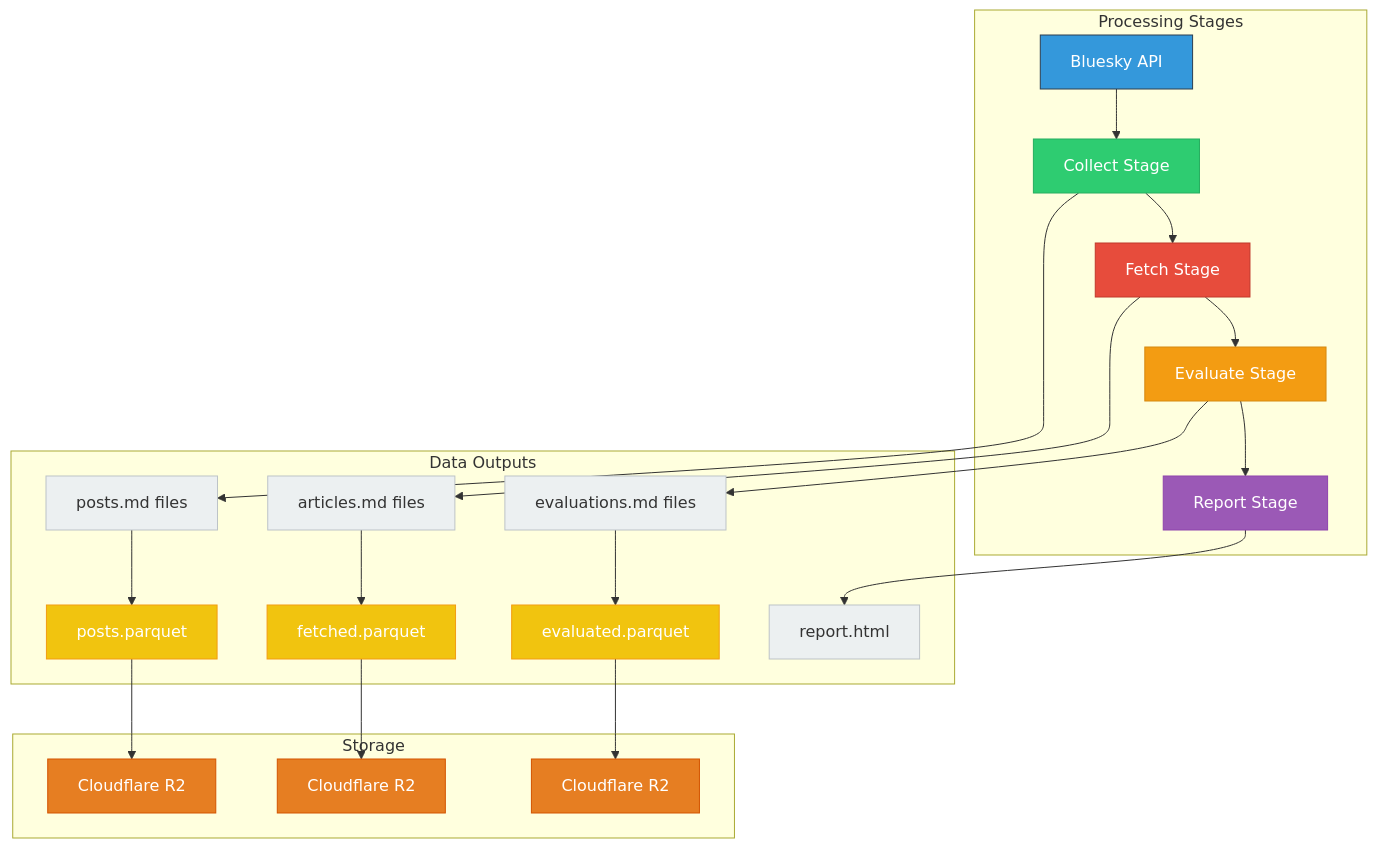
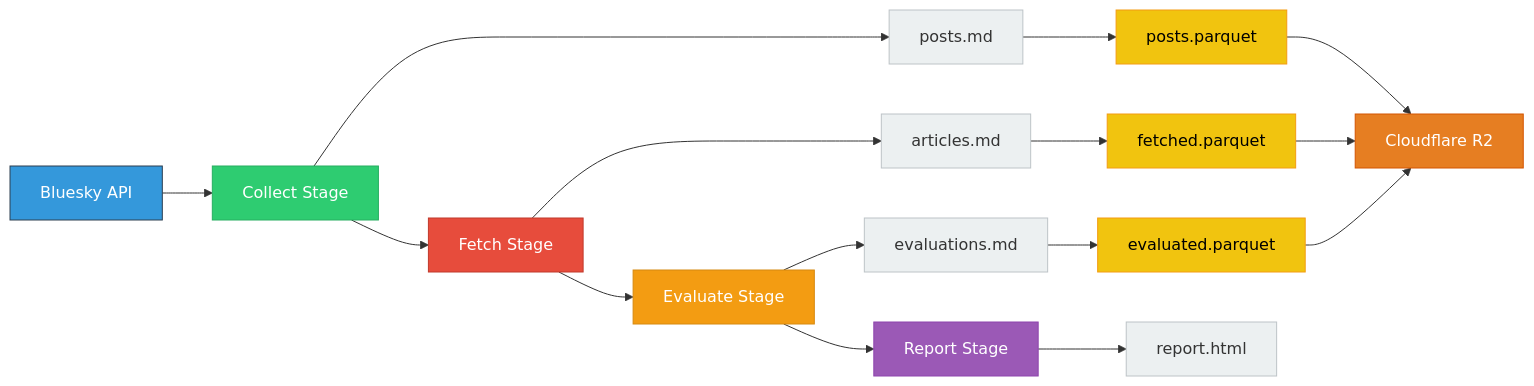
One commit to mojzis/newsparser changed the diagram in lyrics/about.md. Above: the diagram before and after it, drawn with Mermaid.

Commit message:
Simplify Mermaid diagram layout for better readability
- Replace complex swimlanes with clean left-to-right flow
- Remove tangled connecting lines that created visual clutter
- Show clear parallel tracks for each stage's data transformation
- Consolidate three R2 boxes into single destination
- Much easier to follow the data pipeline at a glance

🤖 Generated with [Claude Code](https://claude.ai/code)

````diff
--- a/lyrics/about.md
+++ b/lyrics/about.md
@@ -20,41 +20,34 @@
 ```mermaid
-graph TB
-    subgraph "Processing Stages"
-        A[Bluesky API] --> B[Collect Stage]
-        B --> D[Fetch Stage]
-        D --> F[Evaluate Stage]
-        F --> H[Report Stage]
-    end
+graph LR
+    A[Bluesky API] --> B[Collect Stage]
+    B --> C[posts.md]
+    C --> CP[posts.parquet]
+    CP --> R2[Cloudflare R2]
     
-    subgraph "Data Outputs"
-        B --> C[posts.md files]
-        C --> CP[posts.parquet]
-        D --> E[articles.md files]
-        E --> EP[fetched.parquet]
-        F --> G[evaluations.md files]
-        G --> GP[evaluated.parquet]
-        H --> I[report.html]
-    end
+    B --> D[Fetch Stage]
+    D --> E[articles.md]
+    E --> EP[fetched.parquet]
+    EP --> R2
     
-    subgraph "Storage"
-        CP --> R2A[Cloudflare R2]
-        EP --> R2B[Cloudflare R2]
-        GP --> R2C[Cloudflare R2]
-    end
+    D --> F[Evaluate Stage]
+    F --> G[evaluations.md]
+    G --> GP[evaluated.parquet]
+    GP --> R2
+    
+    F --> H[Report Stage]
+    H --> I[report.html]
     
     style A fill:#3498db,stroke:#2c3e50,color:#fff
     style B fill:#2ecc71,stroke:#27ae60,color:#fff
     style D fill:#e74c3c,stroke:#c0392b,color:#fff
     style F fill:#f39c12,stroke:#d68910,color:#fff
     style H fill:#9b59b6,stroke:#8e44ad,color:#fff
     style C fill:#ecf0f1,stroke:#bdc3c7
     style E fill:#ecf0f1,stroke:#bdc3c7
     style G fill:#ecf0f1,stroke:#bdc3c7
     style I fill:#ecf0f1,stroke:#bdc3c7
-    style CP fill:#f1c40f,stroke:#f39c12,color:#fff
-    style EP fill:#f1c40f,stroke:#f39c12,color:#fff
-    style GP fill:#f1c40f,stroke:#f39c12,color:#fff
-    style R2A fill:#e67e22,stroke:#d35400,color:#fff
-    style R2B fill:#e67e22,stroke:#d35400,color:#fff
-    style R2C fill:#e67e22,stroke:#d35400,color:#fff
+    style CP fill:#f1c40f,stroke:#f39c12,color:#000
+    style EP fill:#f1c40f,stroke:#f39c12,color:#000
+    style GP fill:#f1c40f,stroke:#f39c12,color:#000
+    style R2 fill:#e67e22,stroke:#d35400,color:#fff
 ```
````
